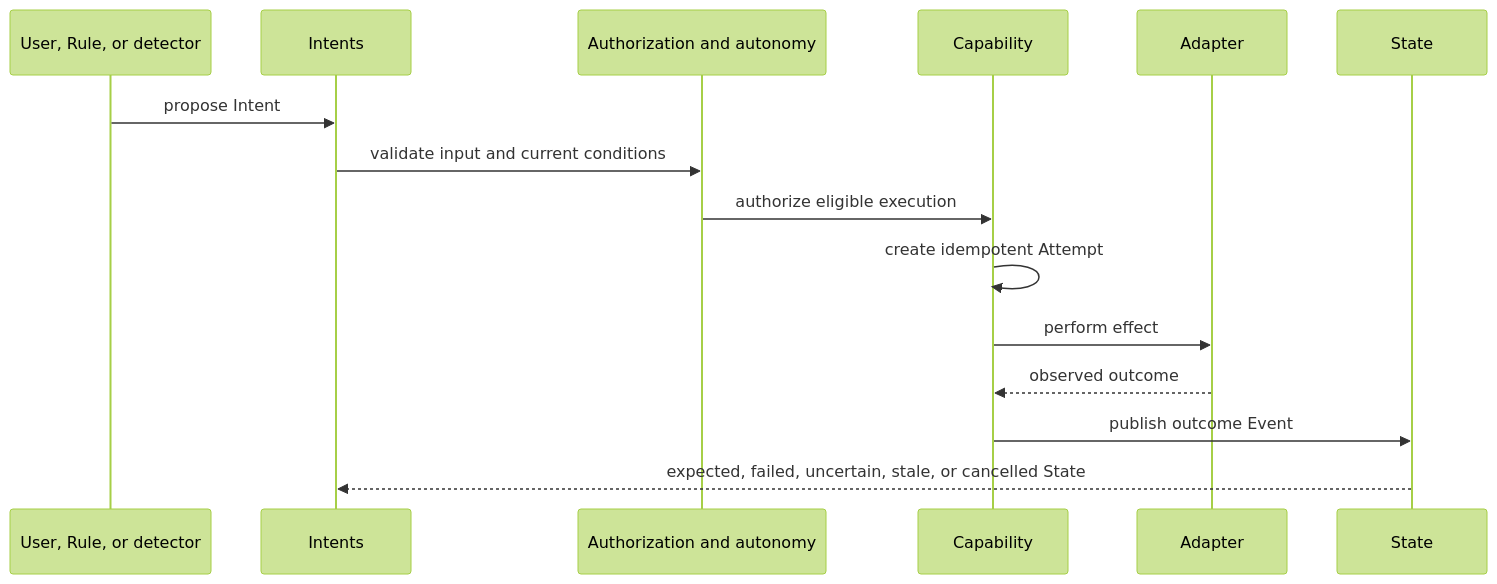
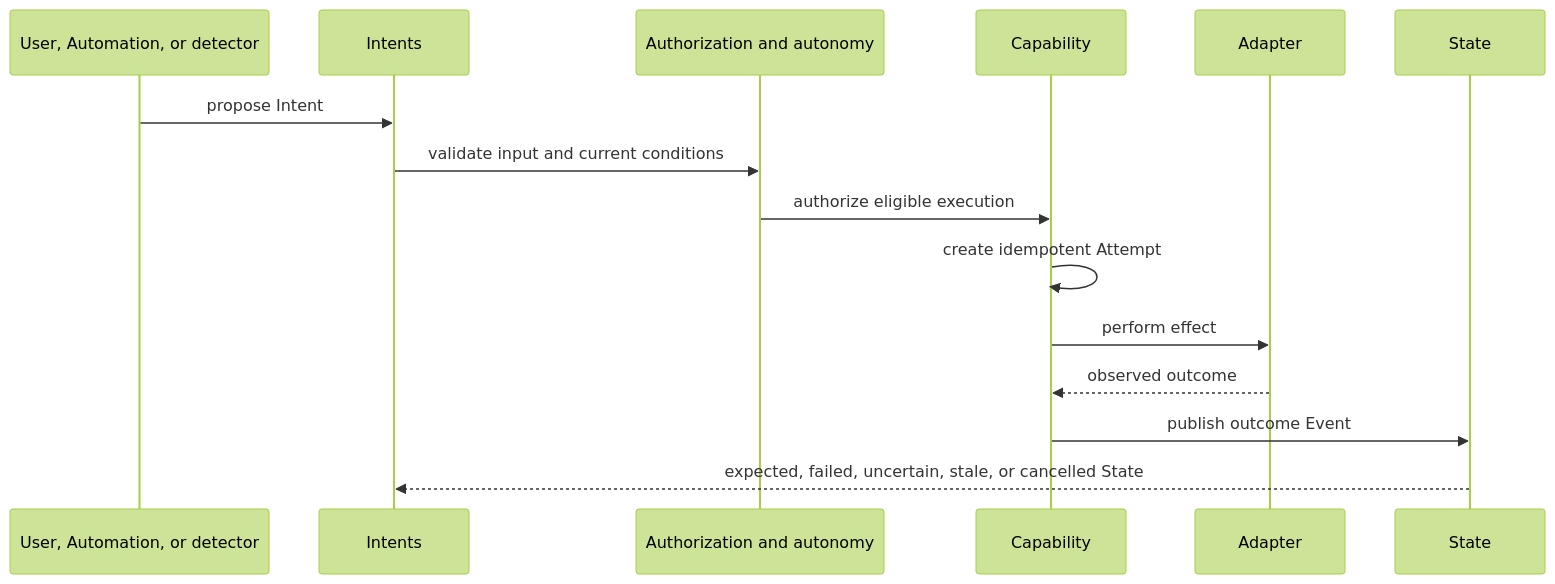
One commit to itmarck/wingman changed the fifth of 9 diagrams in docs/flows.md. Above: the diagram before and after it, drawn with Mermaid (forest theme). The commit also changed other lines of this file and 52 other files, not shown here.

````diff
--- a/docs/flows.md
+++ b/docs/flows.md
@@ -81,18 +81,18 @@
 ```mermaid
 sequenceDiagram
-    participant Source as User, Rule, or detector
+    participant Source as User, Automation, or detector
     participant Intents
     participant Policy as Authorization and autonomy
     participant Capability
     participant Adapter
     participant State
 
     Source->>Intents: propose Intent
     Intents->>Policy: validate input and current conditions
     Policy->>Capability: authorize eligible execution
     Capability->>Capability: create idempotent Attempt
     Capability->>Adapter: perform effect
     Adapter-->>Capability: observed outcome
     Capability->>State: publish outcome Event
     State-->>Intents: expected, failed, uncertain, stale, or cancelled State
 ```
````
